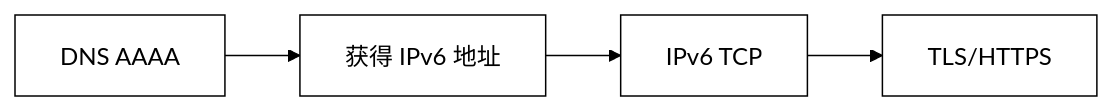
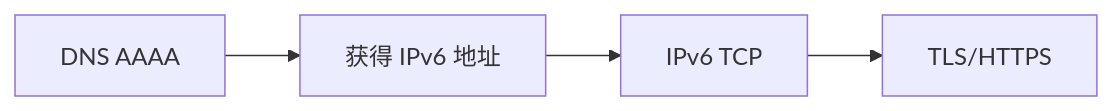
The diagram in content/OPPO WiFi 下 nslookup 无法查询 AAAA 记录排查记录.md (trans-hub/quartz-sync), drawn with Mermaid before and after one commit. The commit also changed other lines of this file, not shown here.

Commit message:
Published 1 file

````diff
--- a/content/OPPO WiFi 下 nslookup 无法查询 AAAA 记录排查记录.md
+++ b/content/OPPO WiFi 下 nslookup 无法查询 AAAA 记录排查记录.md
@@ -70,17 +70,6 @@
 ```mermaid
----
-config:
-  theme: base
-  themeVariables:
-    primaryColor: "#ffffff"
-    primaryTextColor: "#000000"
-    primaryBorderColor: "#000000"
-    lineColor: "#000000"
-    secondaryColor: "#eeeeee"
-    tertiaryColor: "#ffffff"
----
 graph LR
     A[DNS AAAA] --> B[获得 IPv6 地址]
     B --> C[IPv6 TCP]
     C --> D[TLS/HTTPS]
 ```
````
